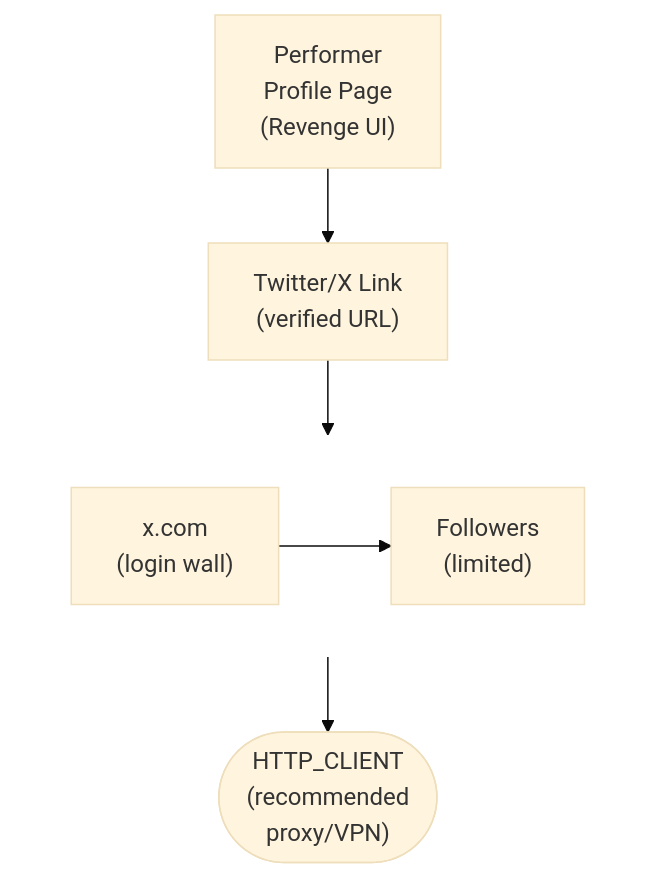
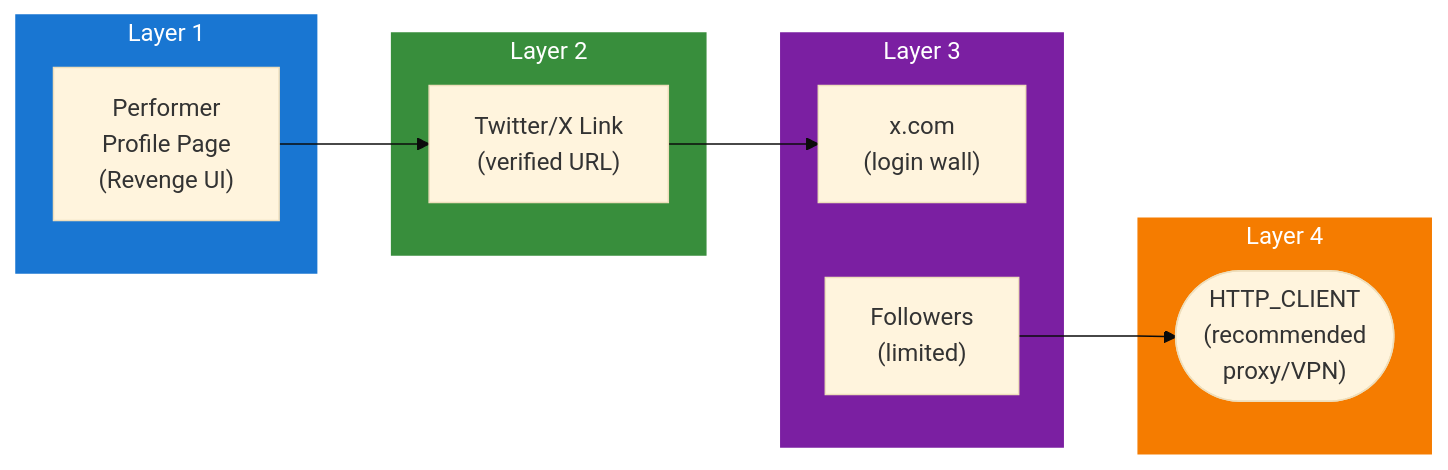
The diagram in docs/dev/design/integrations/metadata/adult/TWITTER_X.md (lusoris/revenge), drawn with Mermaid (base theme) before and after one commit. The commit also changed 215 other files, not shown here.

First line of the commit message:
feat(diagrams): convert all ASCII diagrams to Mermaid with LR subgraphs

````diff
--- a/docs/dev/design/integrations/metadata/adult/TWITTER_X.md
+++ b/docs/dev/design/integrations/metadata/adult/TWITTER_X.md
@@ -59,18 +59,30 @@
 ```mermaid
-flowchart TD
-    node1["Performer<br/>Profile Page<br/>(Revenge UI)"]
-    node2["Twitter/X Link<br/>(verified URL)"]
-    subgraph row1[ ]
-        direction LR
+flowchart LR
+    subgraph Layer1["Layer 1"]
+        node1["Performer<br/>Profile Page<br/>(Revenge UI)"]
+    end
+
+    subgraph Layer2["Layer 2"]
+        node2["Twitter/X Link<br/>(verified URL)"]
+    end
+
+    subgraph Layer3["Layer 3"]
         node3["x.com<br/>(login wall)"]
         node4["Followers<br/>(limited)"]
     end
-    node5(["HTTP_CLIENT<br/>(recommended<br/>proxy/VPN)"])
-    node3 --> node4
+
+    subgraph Layer4["Layer 4"]
+        node5(["HTTP_CLIENT<br/>(recommended<br/>proxy/VPN)"])
+    end
+
+    %% Connections
     node1 --> node2
     node2 --> node3
     node4 --> node5
 
-    %% Hide row subgraph borders
-    style row1 fill:transparent,stroke:transparent
+    %% Styling
+    style Layer1 fill:#1976D2,stroke:#1976D2,color:#fff
+    style Layer2 fill:#388E3C,stroke:#388E3C,color:#fff
+    style Layer3 fill:#7B1FA2,stroke:#7B1FA2,color:#fff
+    style Layer4 fill:#F57C00,stroke:#F57C00,color:#fff
 ```
````
